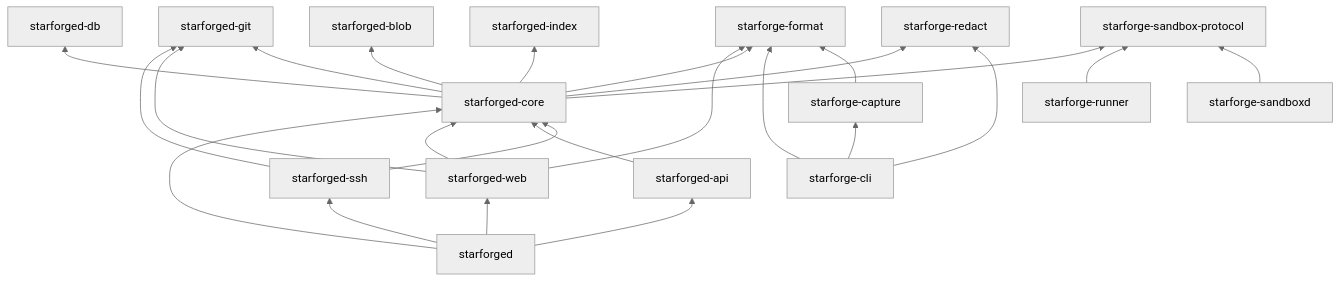
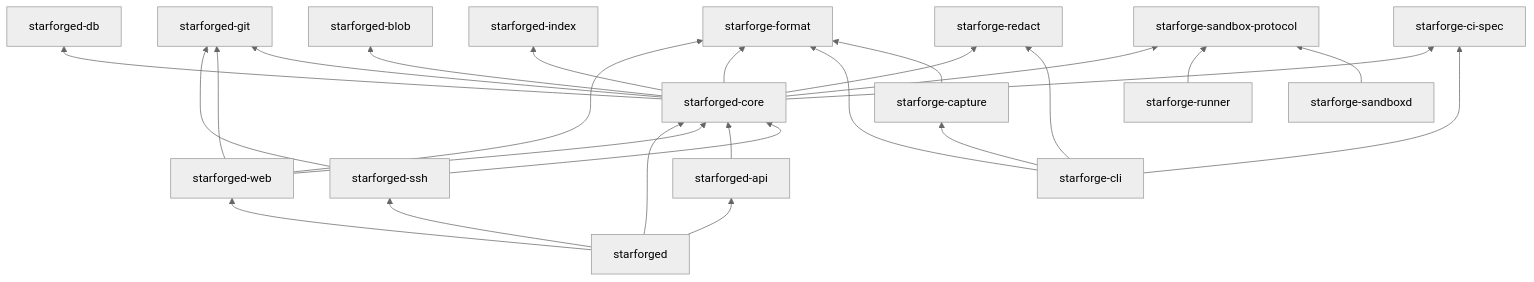
The diagram in docs/technical/crates.md (mintychochip/starforge), drawn with Mermaid (neutral theme) before and after one commit. The commit also changed other lines of this file and 2 other files, not shown here.

````diff
--- a/docs/technical/crates.md
+++ b/docs/technical/crates.md
@@ -77,26 +77,28 @@
 ```mermaid
 flowchart BT
     starforged --> starforged-web
     starforged --> starforged-api
     starforged --> starforged-ssh
     starforged --> starforged-core
     starforged-web --> starforged-core
     starforged-web --> starforge-format
     starforged-api --> starforged-core
     starforged-ssh --> starforged-core
     starforged-ssh --> starforged-git
     starforged-web --> starforged-git
     starforged-core --> starforged-db
     starforged-core --> starforged-git
     starforged-core --> starforged-blob
     starforged-core --> starforged-index
     starforged-core --> starforge-format
     starforged-core --> starforge-redact
     starforged-core --> starforge-sandbox-protocol
+    starforged-core --> starforge-ci-spec
     starforge-cli --> starforge-capture
     starforge-cli --> starforge-format
     starforge-capture --> starforge-format
     starforge-cli --> starforge-redact
+    starforge-cli --> starforge-ci-spec
     starforge-runner --> starforge-sandbox-protocol
     starforge-sandboxd --> starforge-sandbox-protocol
 ```
````
